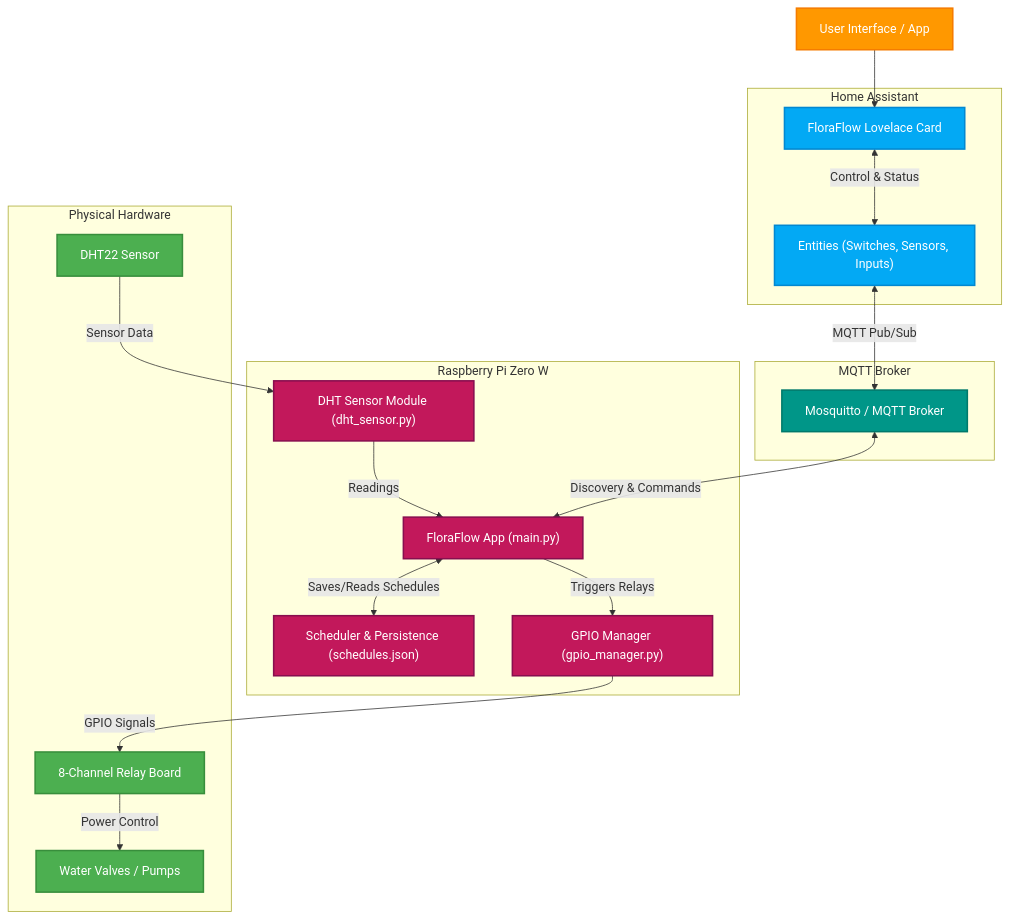
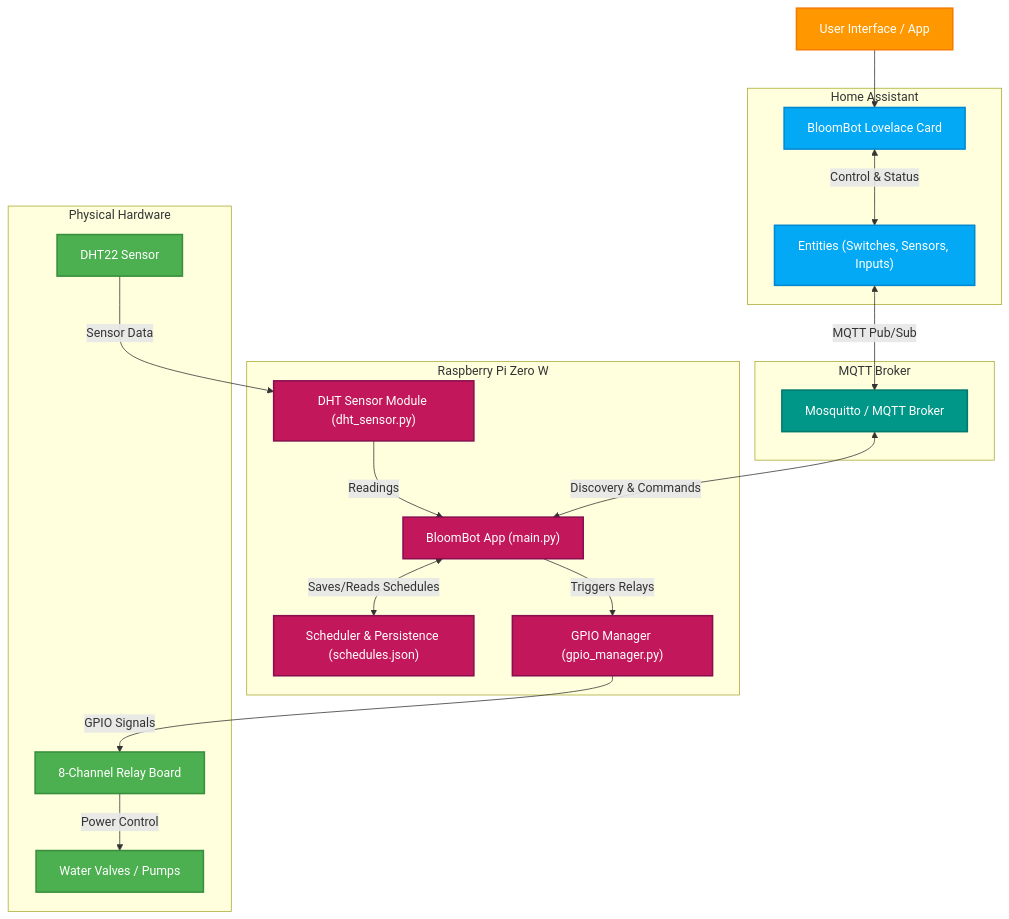
The diagram in README.md (vallejohan/bloombot), drawn with Mermaid before and after one commit. The commit also changed other lines of this file and 21 other files, not shown here.

````diff
--- a/README.md
+++ b/README.md
@@ -67,44 +67,44 @@
 ```mermaid
 graph TD
     %% Styling Definitions
     classDef haStyle fill:#03a9f4,stroke:#0288d1,stroke-width:2px,color:#fff;
     classDef mqttStyle fill:#009688,stroke:#00796b,stroke-width:2px,color:#fff;
     classDef rpiStyle fill:#c2185b,stroke:#880e4f,stroke-width:2px,color:#fff;
     classDef hwStyle fill:#4caf50,stroke:#388e3c,stroke-width:2px,color:#fff;
     classDef userStyle fill:#ff9800,stroke:#f57c00,stroke-width:2px,color:#fff;
 
     %% Nodes
     subgraph HA ["Home Assistant"]
-        Card["FloraFlow Lovelace Card"]:::haStyle
+        Card["BloomBot Lovelace Card"]:::haStyle
         HASwitches["Entities (Switches, Sensors, Inputs)"]:::haStyle
     end
 
     subgraph Broker ["MQTT Broker"]
         MQTT["Mosquitto / MQTT Broker"]:::mqttStyle
     end
 
     subgraph Pi ["Raspberry Pi Zero W"]
-        Core["FloraFlow App (main.py)"]:::rpiStyle
+        Core["BloomBot App (main.py)"]:::rpiStyle
         Sched["Scheduler & Persistence (schedules.json)"]:::rpiStyle
         GPIO["GPIO Manager (gpio_manager.py)"]:::rpiStyle
         DHT["DHT Sensor Module (dht_sensor.py)"]:::rpiStyle
     end
 
     subgraph HW ["Physical Hardware"]
         DHTSensor["DHT22 Sensor"]:::hwStyle
         Relays["8-Channel Relay Board"]:::hwStyle
         Valves["Water Valves / Pumps"]:::hwStyle
     end
 
     %% Connections
     User["User Interface / App"]:::userStyle --> Card
     Card <-->|Control & Status| HASwitches
     HASwitches <-->|MQTT Pub/Sub| MQTT
     MQTT <-->|Discovery & Commands| Core
     Core <-->|Saves/Reads Schedules| Sched
     Core -->|Triggers Relays| GPIO
     GPIO -->|GPIO Signals| Relays
     Relays -->|Power Control| Valves
     DHTSensor -->|Sensor Data| DHT
     DHT -->|Readings| Core
 ```
````
